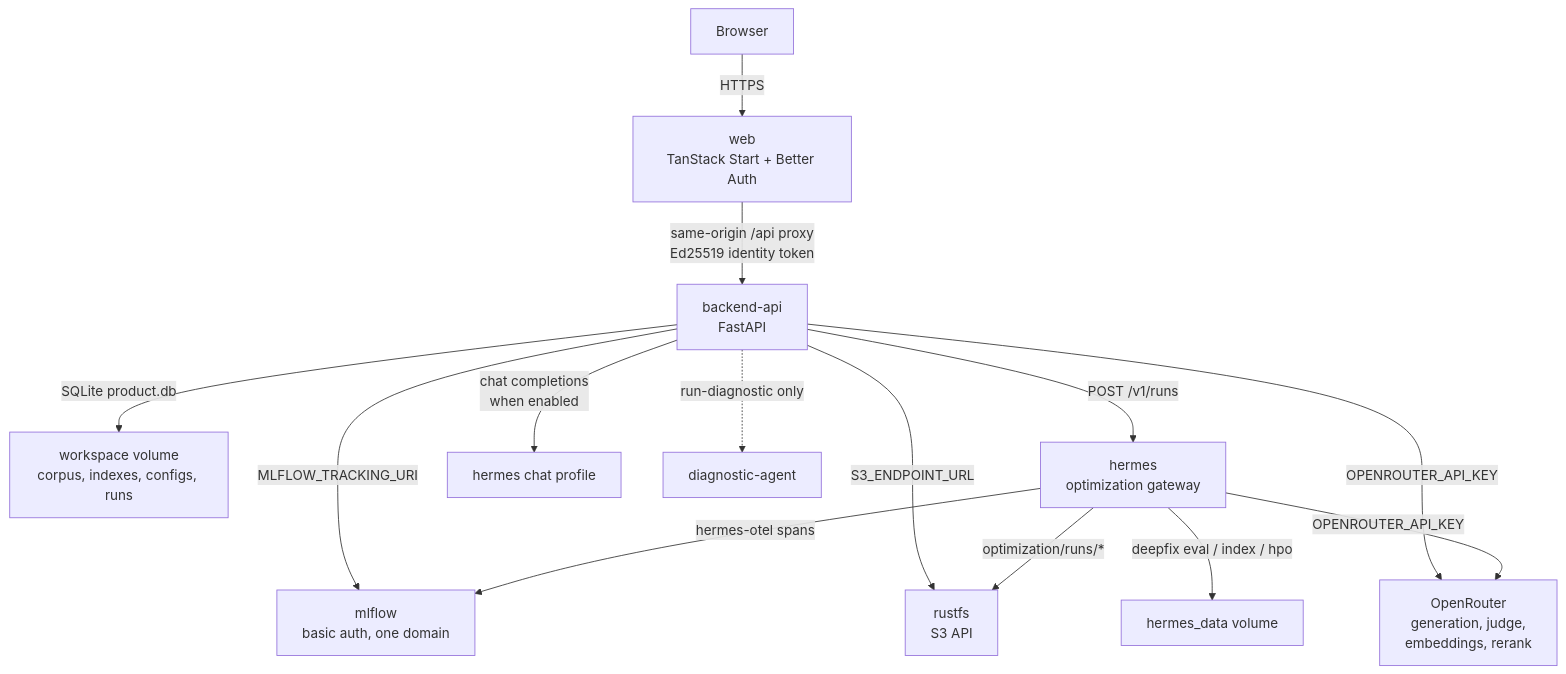
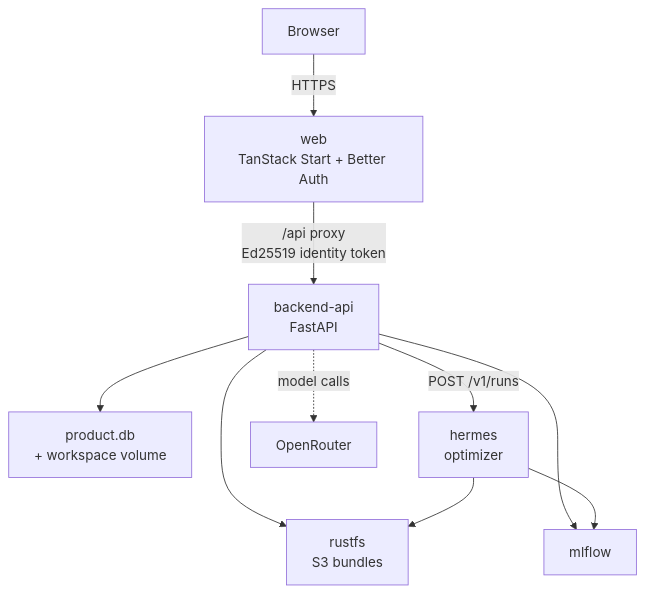
The first of 2 diagrams in README.md (Mittelstand-Zukunftslab/deepfix-rag), drawn with Mermaid before and after one commit. The commit also changed other lines of this file, not shown here.

````diff
--- a/README.md
+++ b/README.md
@@ -59,16 +63,12 @@
 ```mermaid
-flowchart TB
-    user["Browser"] -->|HTTPS| web["web<br/>TanStack Start + Better Auth"]
-    web -->|"same-origin /api proxy<br/>Ed25519 identity token"| api["backend-api<br/>FastAPI"]
-    api -->|"SQLite product.db"| workspace["workspace volume<br/>corpus, indexes, configs, runs"]
-    api -->|"MLFLOW_TRACKING_URI"| mlflow["mlflow<br/>basic auth, one domain"]
-    api -->|"S3_ENDPOINT_URL"| rustfs["rustfs<br/>S3 API"]
-    api -->|"POST /v1/runs"| hermes["hermes<br/>optimization gateway"]
-    api -->|"chat completions<br/>when enabled"| chat["hermes chat profile"]
-    hermes -->|"optimization/runs/*"| rustfs
-    hermes -->|"hermes-otel spans"| mlflow
-    hermes -->|"deepfix eval / index / hpo"| hermesvol["hermes_data volume"]
-    api -.->|"run-diagnostic only"| diag["diagnostic-agent"]
-    api -->|"OPENROUTER_API_KEY"| llm["OpenRouter<br/>generation, judge,<br/>embeddings, rerank"]
-    hermes -->|"OPENROUTER_API_KEY"| llm
+flowchart TD
+    browser["Browser"] -->|HTTPS| web["web<br/>TanStack Start + Better Auth"]
+    web -->|"/api proxy<br/>Ed25519 identity token"| api["backend-api<br/>FastAPI"]
+    api --> data["product.db<br/>+ workspace volume"]
+    api --> s3["rustfs<br/>S3 bundles"]
+    api --> mflow["mlflow"]
+    api -->|"POST /v1/runs"| hermes["hermes<br/>optimizer"]
+    hermes --> s3
+    hermes --> mflow
+    api -.->|"model calls"| llm["OpenRouter"]
 ```
````
